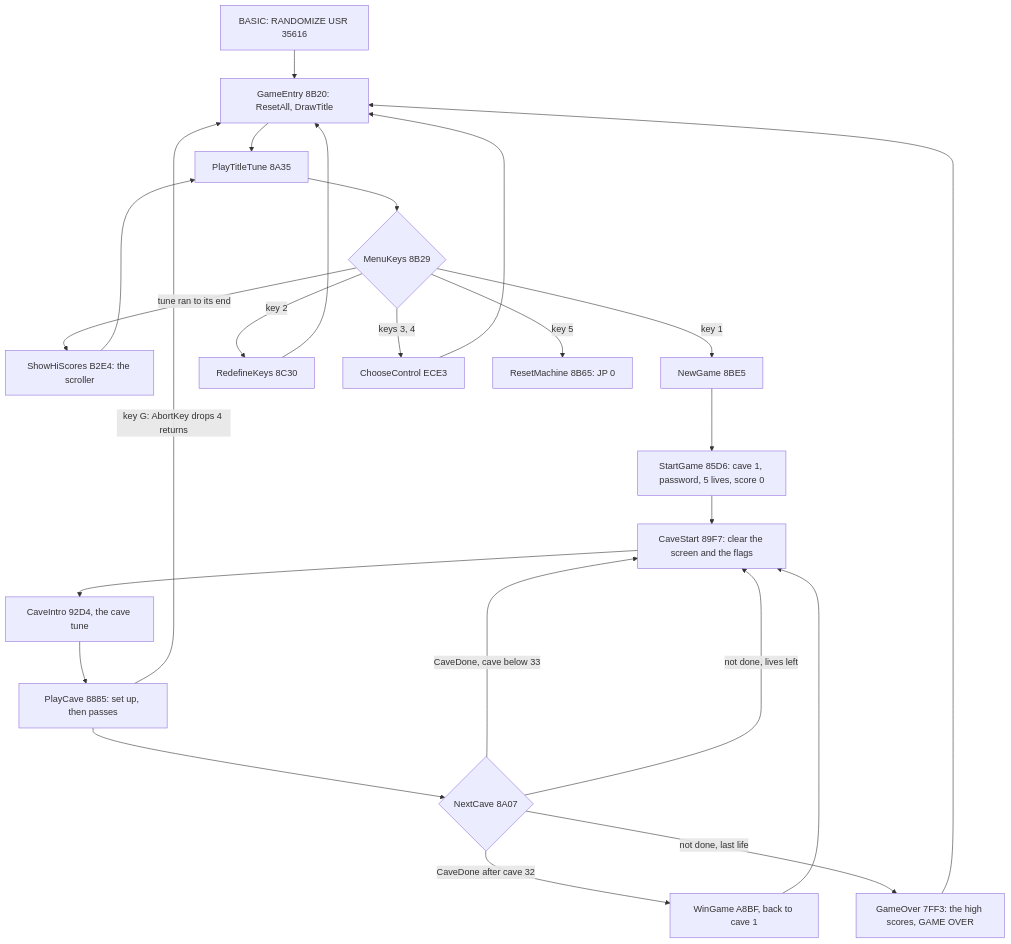
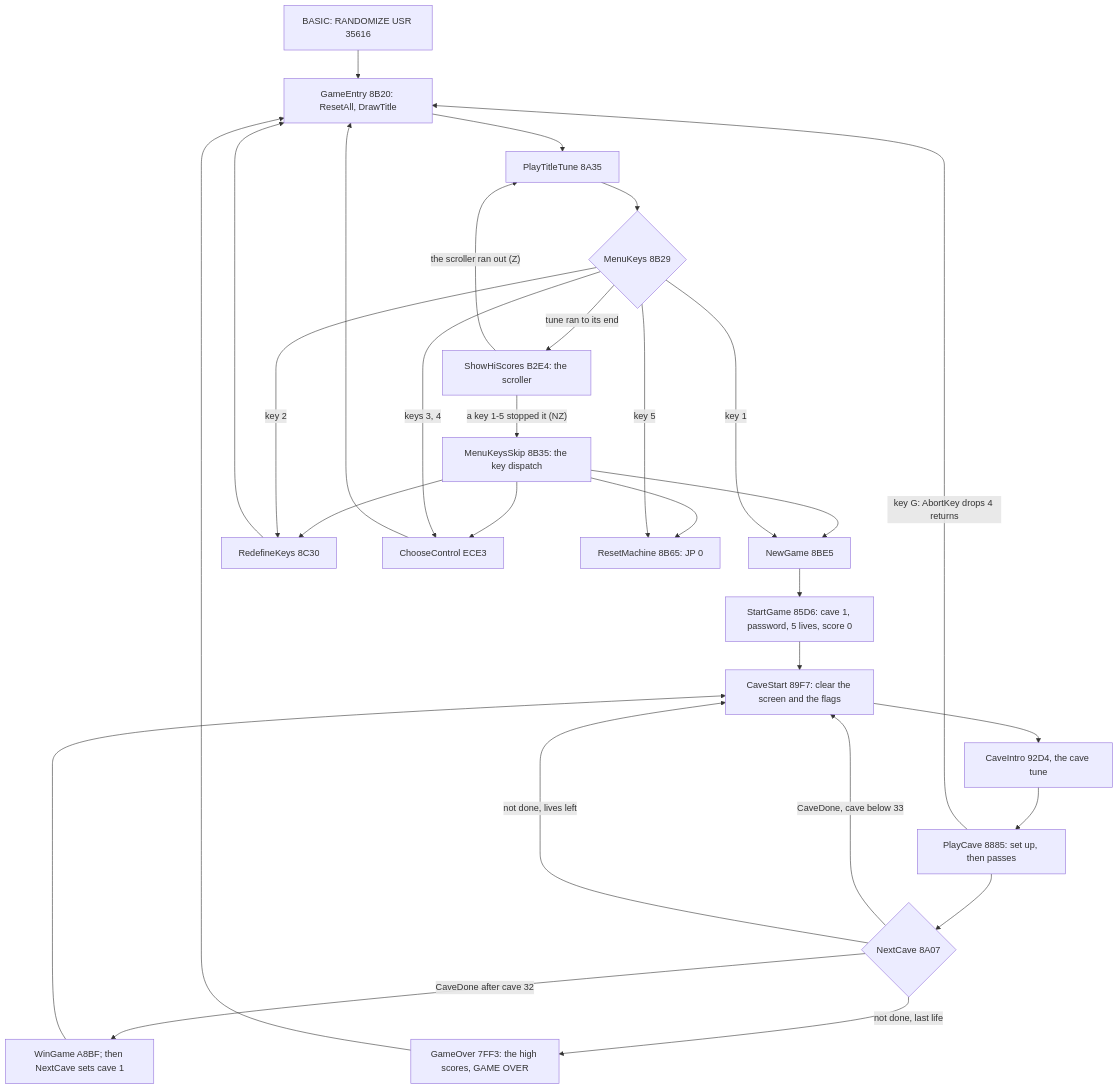
Before and after one commit to alfishe/unrealng-reverse-cases: the first of 5 diagrams in games/earth-shaker/docs/04-game-loop.md, drawn with Mermaid. The commit also changed other lines of this file and 52 other files, not shown here.

Commit message:
Earth Shaker: review round 1 fixes (jelly bean, stack depth, menu flow, DigInPlace sound, teleport-599 bug, witness counts recounted, bright quarters)

````diff
--- a/games/earth-shaker/docs/04-game-loop.md
+++ b/games/earth-shaker/docs/04-game-loop.md
@@ -27,21 +27,27 @@
 ```mermaid
 flowchart TD
     BASIC["BASIC: RANDOMIZE USR 35616"] --> GE["GameEntry 8B20: ResetAll, DrawTitle"]
     GE --> TT["PlayTitleTune 8A35"]
     TT --> MK{"MenuKeys 8B29"}
-    MK -- "tune ran to its end" --> HS["ShowHiScores B2E4: the scroller"] --> TT
+    MK -- "tune ran to its end" --> HS["ShowHiScores B2E4: the scroller"]
+    HS -- "the scroller ran out (Z)" --> TT
+    HS -- "a key 1-5 stopped it (NZ)" --> KEYS["MenuKeysSkip 8B35: the key dispatch"]
+    KEYS --> NG
+    KEYS --> RK
+    KEYS --> CC
+    KEYS --> RM
     MK -- "key 1" --> NG["NewGame 8BE5"]
     MK -- "key 2" --> RK["RedefineKeys 8C30"] --> GE
     MK -- "keys 3, 4" --> CC["ChooseControl ECE3"] --> GE
     MK -- "key 5" --> RM["ResetMachine 8B65: JP 0"]
     NG --> SG["StartGame 85D6: cave 1, password, 5 lives, score 0"]
     SG --> CS["CaveStart 89F7: clear the screen and the flags"]
     CS --> CI["CaveIntro 92D4, the cave tune"]
     CI --> PC["PlayCave 8885: set up, then passes"]
     PC --> NC{"NextCave 8A07"}
     NC -- "CaveDone, cave below 33" --> CS
-    NC -- "CaveDone after cave 32" --> WG["WinGame A8BF, back to cave 1"] --> CS
+    NC -- "CaveDone after cave 32" --> WG["WinGame A8BF; then NextCave sets cave 1"] --> CS
     NC -- "not done, lives left" --> CS
     NC -- "not done, last life" --> GO["GameOver 7FF3: the high scores, GAME OVER"] --> GE
     PC -- "key G: AbortKey drops 4 returns" --> GE
 ```
````
